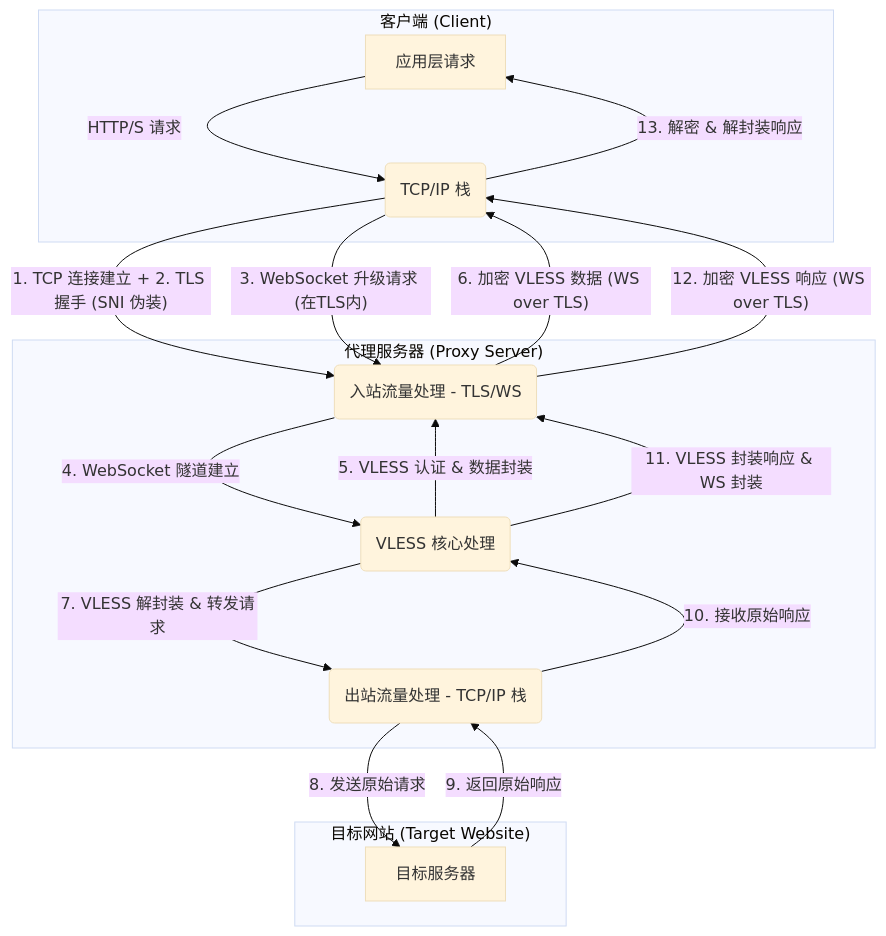
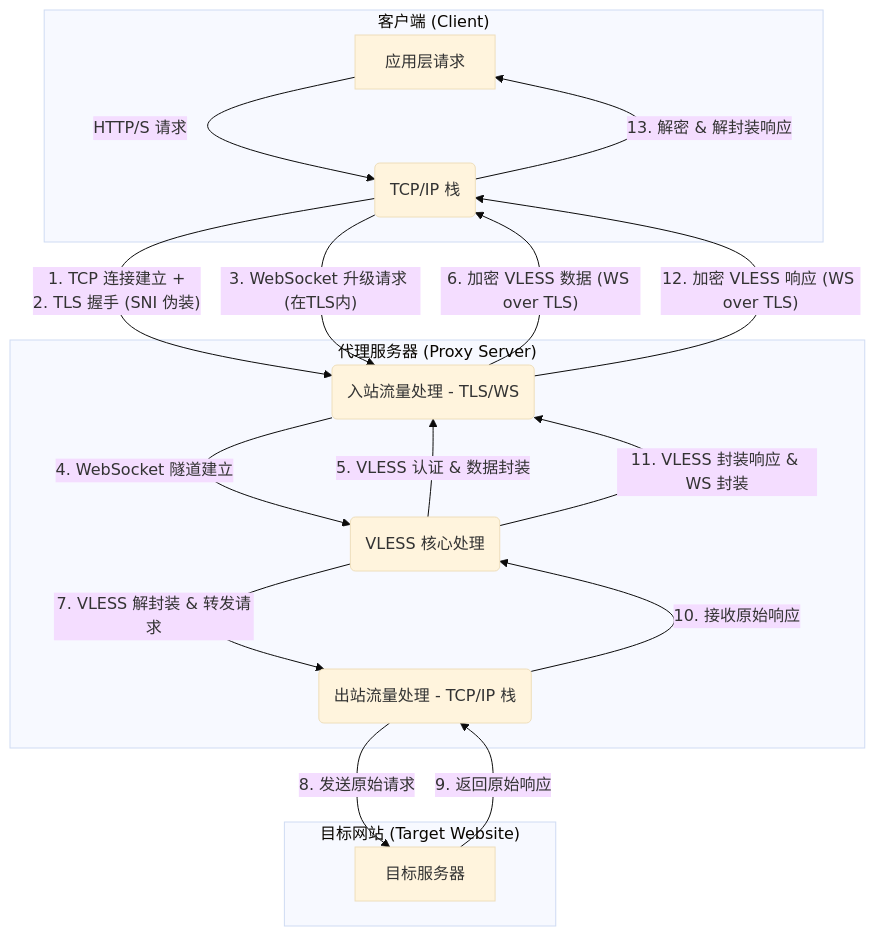
Before and after one commit to teatang/t-blog: the diagram in source/_posts/2023/2023-10-02_VLESS+WS+TLS 代理方式详解.md, drawn with Mermaid (base theme). The commit also changed 3 other files, not shown here.

```diff
--- a/source/_posts/2023/2023-10-02_VLESS+WS+TLS 代理方式详解.md
+++ b/source/_posts/2023/2023-10-02_VLESS+WS+TLS 代理方式详解.md
@@ -84,33 +84,33 @@
 {% mermaid %}
 graph TD
     subgraph "客户端 (Client)"
         A[应用层请求] --> |HTTP/S 请求| A1(TCP/IP 栈)
     end
 
     subgraph "代理服务器 (Proxy Server)"
         P1(入站流量处理 - TLS/WS)
         P2(VLESS 核心处理)
         P3(出站流量处理 - TCP/IP 栈)
     end
 
     subgraph "目标网站 (Target Website)"
         D[目标服务器]
     end
 
-    A1 --> |"1. TCP 连接建立 + 2. TLS 握手 (SNI 伪装)"| P1
+    A1 --> |"1. TCP 连接建立 + <br/>2. TLS 握手 (SNI 伪装)"| P1
     A1 --> |"3. WebSocket 升级请求 (在TLS内)"| P1
 
     P1 --> |4. WebSocket 隧道建立| P2
     P2 --> |5. VLESS 认证 & 数据封装| P1
     P1 --> |"6. 加密 VLESS 数据 (WS over TLS)"| A1
 
     P2 --> |7. VLESS 解封装 & 转发请求| P3
     P3 --> |8. 发送原始请求| D
 
     D --> |9. 返回原始响应| P3
     P3 --> |10. 接收原始响应| P2
     P2 --> |11. VLESS 封装响应 & WS 封装| P1
     P1 --> |"12. 加密 VLESS 响应 (WS over TLS)"| A1
     A1 --> |"13. 解密 & 解封装响应"| A
 
 {% endmermaid %}
```
